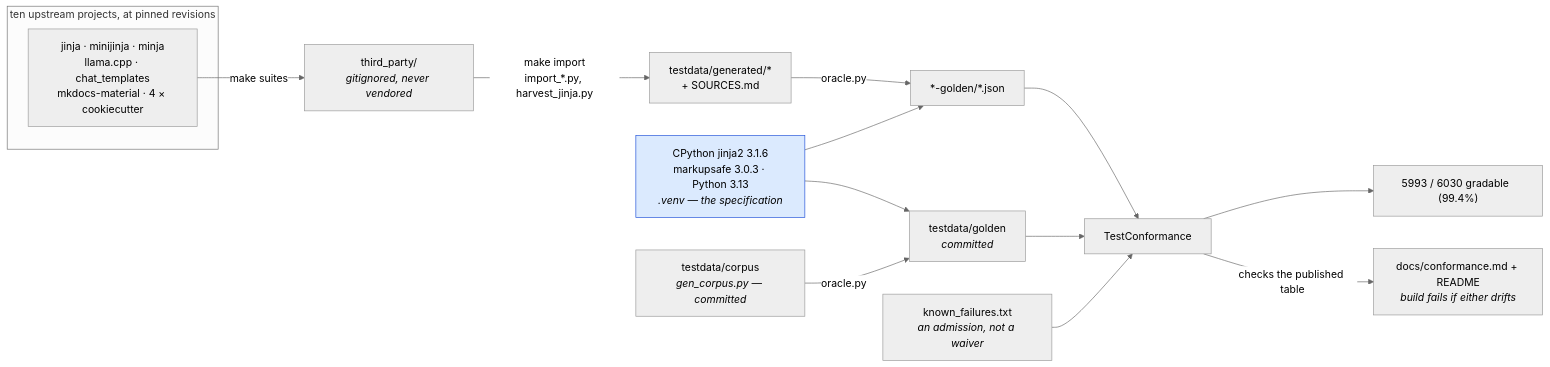
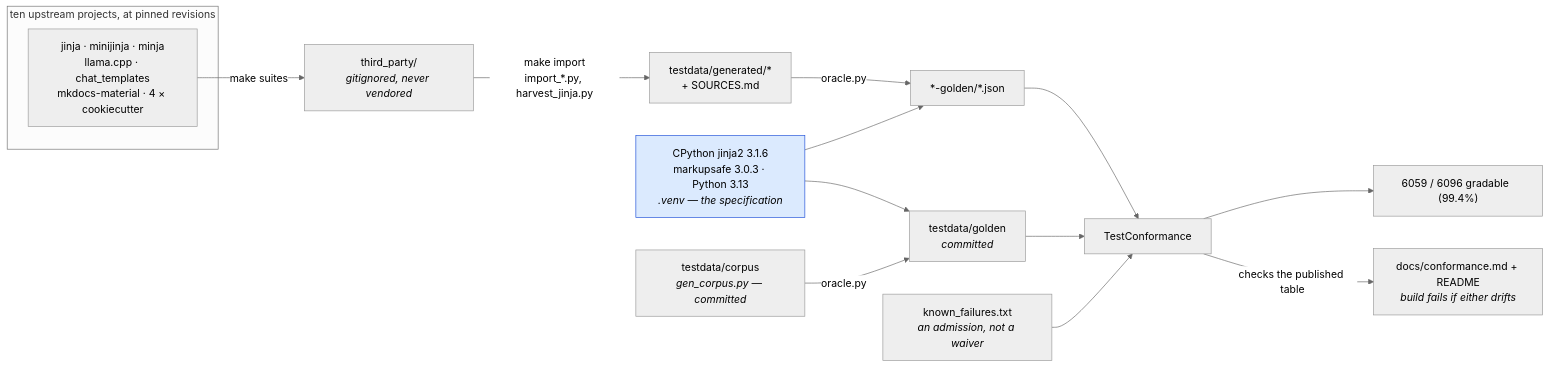
Before and after one commit to mgilbir/gojja2: the first of 2 diagrams in docs/conformance.md, drawn with Mermaid (neutral theme). The commit also changed other lines of this file and 221 other files, not shown here.

````diff
--- a/docs/conformance.md
+++ b/docs/conformance.md
@@ -17,24 +17,24 @@
 ```mermaid
 flowchart LR
     subgraph up["ten upstream projects, at pinned revisions"]
         U1["jinja · minijinja · minja<br/>llama.cpp · chat_templates<br/>mkdocs-material · 4 × cookiecutter"]
     end
     U1 -->|"make suites"| TP["third_party/<br/><i>gitignored, never vendored</i>"]
     TP -->|"make import<br/>import_*.py, harvest_jinja.py"| GEN["testdata/generated/*<br/>+ SOURCES.md"]
 
     ORA["CPython jinja2 3.1.6<br/>markupsafe 3.0.3 · Python 3.13<br/><i>.venv — the specification</i>"]
     GEN -->|"oracle.py"| G2["*-golden/*.json"]
     ORA --> G2
 
     OWN["testdata/corpus<br/><i>gen_corpus.py — committed</i>"] -->|"oracle.py"| G1["testdata/golden<br/><i>committed</i>"]
     ORA --> G1
 
     G1 --> TC["TestConformance"]
     G2 --> TC
     KF["known_failures.txt<br/><i>an admission, not a waiver</i>"] --> TC
-    TC --> RATE["5993 / 6030 gradable  (99.4%)"]
+    TC --> RATE["6059 / 6096 gradable  (99.4%)"]
     TC -->|"checks the published table"| RM["docs/conformance.md + README<br/><i>build fails if either drifts</i>"]
 
     classDef spec fill:#dbeafe,stroke:#1d4ed8,color:#000
     class ORA spec
 ```
````
